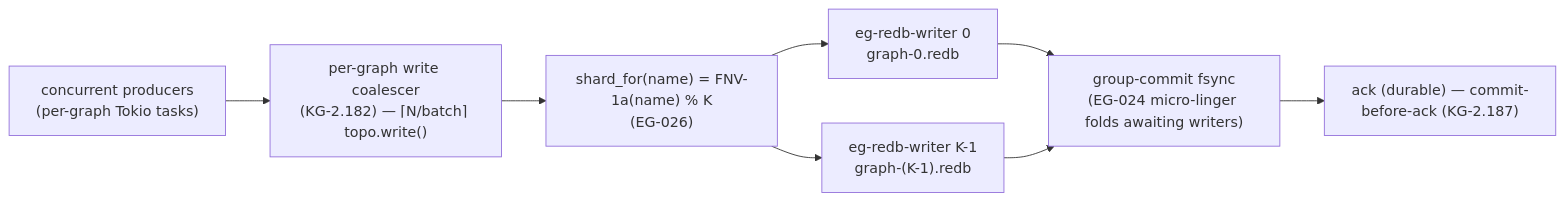
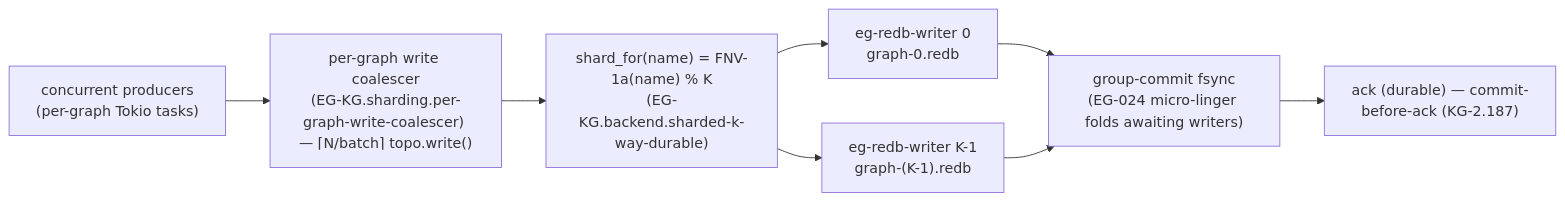
The second of 3 diagrams in docs/architecture/scaling_program.md (Knuckles-Team/epistemic-graph), drawn with Mermaid before and after one commit. The commit also changed other lines of this file and 469 other files, not shown here.

````diff
--- a/docs/architecture/scaling_program.md
+++ b/docs/architecture/scaling_program.md
@@ -114,17 +114,17 @@
 ```mermaid
 flowchart LR
     P["concurrent producers<br/>(per-graph Tokio tasks)"]
-    COAL["per-graph write coalescer<br/>(KG-2.182) — ⌈N/batch⌉ topo.write()"]
-    SHARD["shard_for(name) = FNV-1a(name) % K<br/>(EG-026)"]
+    COAL["per-graph write coalescer<br/>(EG-KG.sharding.per-graph-write-coalescer) — ⌈N/batch⌉ topo.write()"]
+    SHARD["shard_for(name) = FNV-1a(name) % K<br/>(EG-KG.backend.sharded-k-way-durable)"]
     W0["eg-redb-writer 0<br/>graph-0.redb"]
     Wk["eg-redb-writer K-1<br/>graph-(K-1).redb"]
     GC["group-commit fsync<br/>(EG-024 micro-linger folds awaiting writers)"]
     ACK["ack (durable) — commit-before-ack (KG-2.187)"]
 
     P --> COAL --> SHARD
     SHARD --> W0
     SHARD --> Wk
     W0 --> GC
     Wk --> GC
     GC --> ACK
 ```
````
